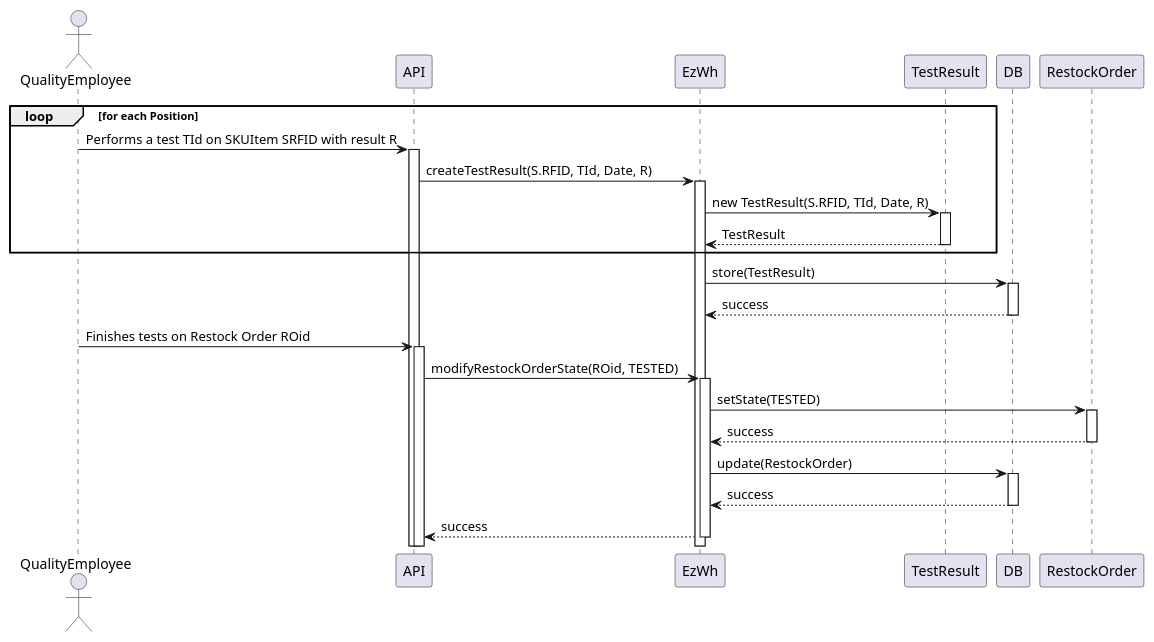
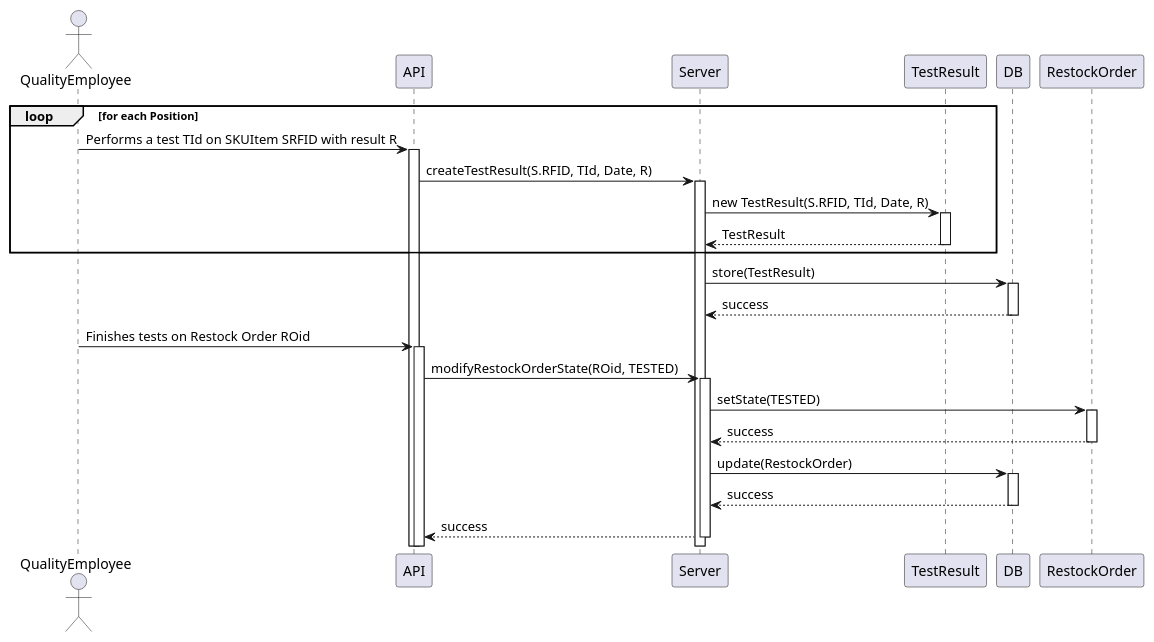
Before and after one commit to flaviociravegna/softeng-ezwh: the eighth of 10 diagrams in DesignDocument.md, drawn with PlantUML. The commit also changed other lines of this file, not shown here.

````diff
--- a/DesignDocument.md
+++ b/DesignDocument.md
@@ -521,22 +522,22 @@
 ```plantuml
 @startuml
 autoactivate on
 actor QualityEmployee 
 loop for each Position
 QualityEmployee -> API : Performs a test TId on SKUItem SRFID with result R
-API -> EzWh : createTestResult(S.RFID, TId, Date, R)
-EzWh -> TestResult: new TestResult(S.RFID, TId, Date, R)
+API -> Server : createTestResult(S.RFID, TId, Date, R)
+Server -> TestResult: new TestResult(S.RFID, TId, Date, R)
 return TestResult
 end
-EzWh -> DB : store(TestResult)
+Server -> DB : store(TestResult)
 return success
 QualityEmployee -> API: Finishes tests on Restock Order ROid
-API -> EzWh : modifyRestockOrderState(ROid, TESTED)
-EzWh -> RestockOrder: setState(TESTED)
+API -> Server : modifyRestockOrderState(ROid, TESTED)
+Server -> RestockOrder: setState(TESTED)
 return success
-EzWh -> DB : update(RestockOrder)
+Server -> DB : update(RestockOrder)
 return success
 
 return success
 @enduml
 ```
````
